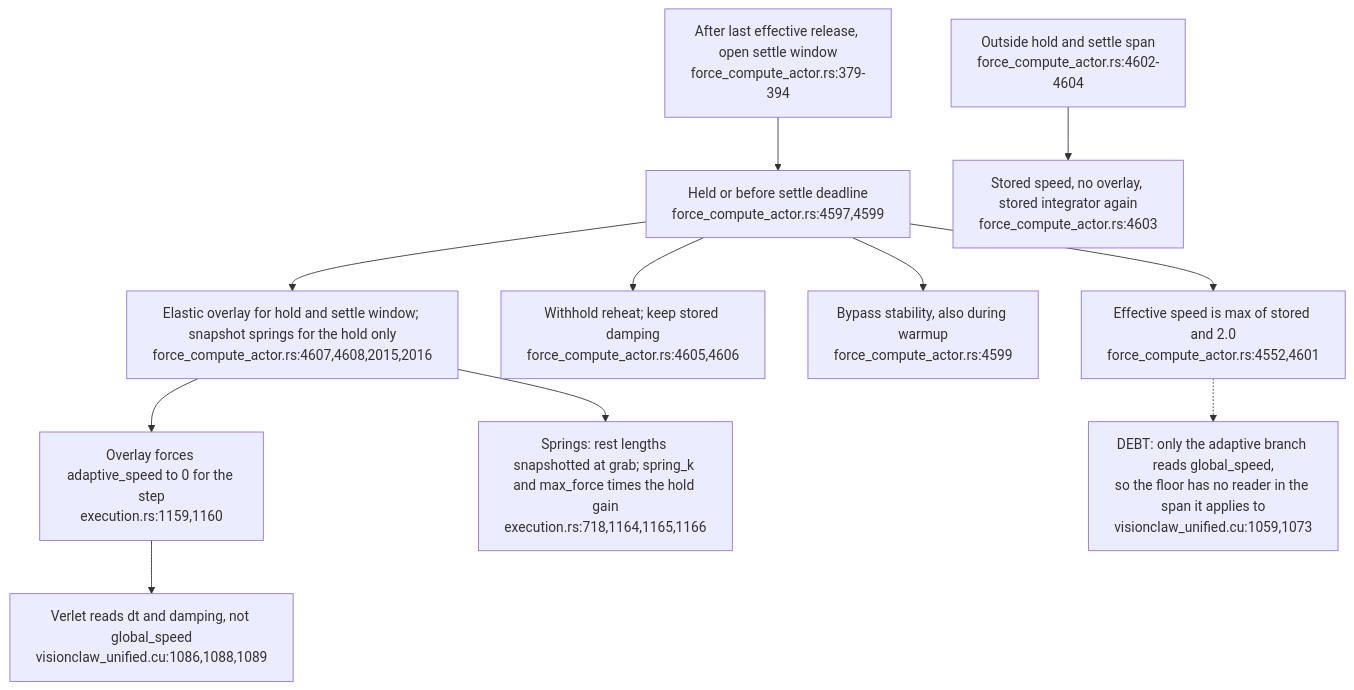
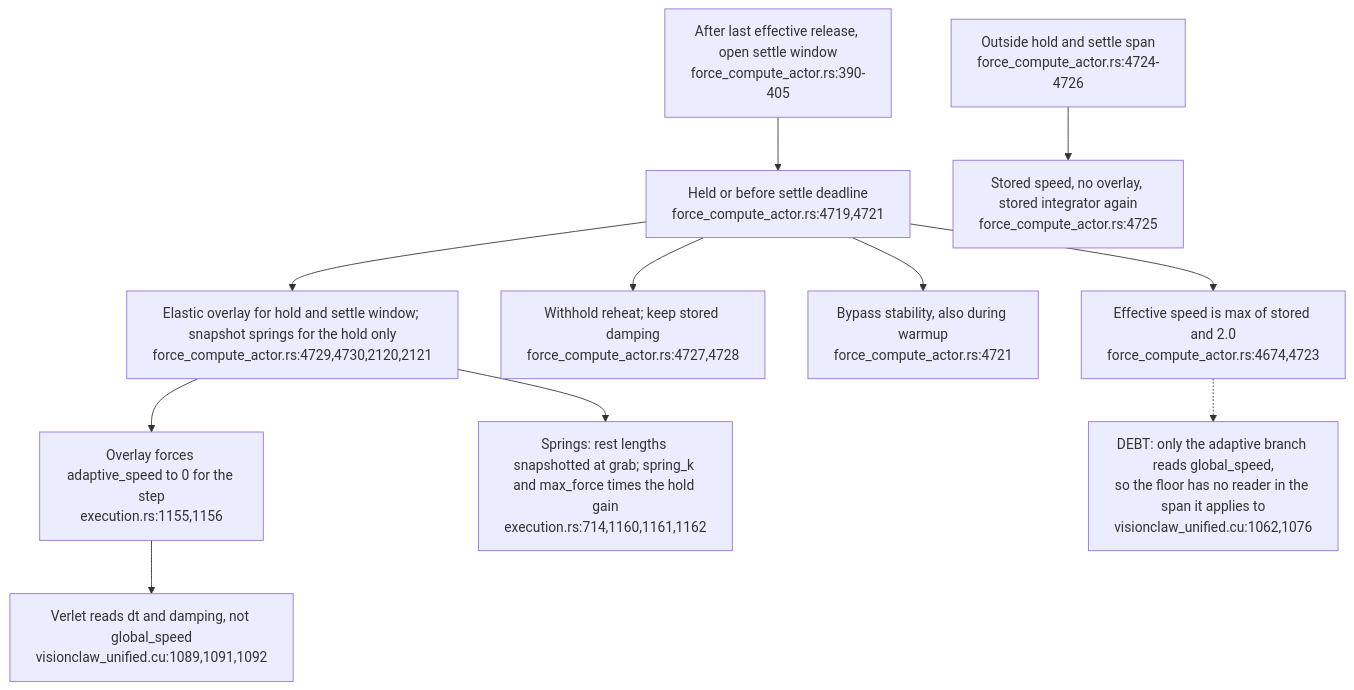
Before and after one commit to DreamLab-AI/VisionFlow: the third of 7 diagrams in docs/diagrams/visionclaw/52-drag-holds-and-observation-gates.md, drawn with Mermaid. The commit also changed other lines of this file and 81 other files, not shown here.

First line of the commit message:
docs(diagrams): roll VisionClaw topics to main 010e1109b (PR 37 and 38 merged); fix remaining prose citations

````diff
--- a/docs/diagrams/visionclaw/52-drag-holds-and-observation-gates.md
+++ b/docs/diagrams/visionclaw/52-drag-holds-and-observation-gates.md
@@ -71,13 +71,13 @@
 ```mermaid
 flowchart TD
-    RELEASE["After last effective release, open settle window<br/>force_compute_actor.rs:379-394"] --> SPAN["Held or before settle deadline<br/>force_compute_actor.rs:4597,4599"]
-    SPAN --> SPEED["Effective speed is max of stored and 2.0<br/>force_compute_actor.rs:4552,4601"]
-    SPAN --> HEAT["Withhold reheat; keep stored damping<br/>force_compute_actor.rs:4605,4606"]
-    SPAN --> BYPASS["Bypass stability, also during warmup<br/>force_compute_actor.rs:4599"]
-    SPAN --> OVER["Elastic overlay for hold and settle window; snapshot springs for the hold only<br/>force_compute_actor.rs:4607,4608,2015,2016"]
-    OVER --> VERLET["Overlay forces adaptive_speed to 0 for the step<br/>execution.rs:1159,1160"]
-    OVER --> GAIN["Springs: rest lengths snapshotted at grab; spring_k and max_force times the hold gain<br/>execution.rs:718,1164,1165,1166"]
-    VERLET --> INT["Verlet reads dt and damping, not global_speed<br/>visionclaw_unified.cu:1086,1088,1089"]
-    SPEED -.-> DEAD["DEBT: only the adaptive branch reads global_speed,<br/>so the floor has no reader in the span it applies to<br/>visionclaw_unified.cu:1059,1073"]
-    DONE["Outside hold and settle span<br/>force_compute_actor.rs:4602-4604"] --> STORED["Stored speed, no overlay, stored integrator again<br/>force_compute_actor.rs:4603"]
+    RELEASE["After last effective release, open settle window<br/>force_compute_actor.rs:390-405"] --> SPAN["Held or before settle deadline<br/>force_compute_actor.rs:4719,4721"]
+    SPAN --> SPEED["Effective speed is max of stored and 2.0<br/>force_compute_actor.rs:4674,4723"]
+    SPAN --> HEAT["Withhold reheat; keep stored damping<br/>force_compute_actor.rs:4727,4728"]
+    SPAN --> BYPASS["Bypass stability, also during warmup<br/>force_compute_actor.rs:4721"]
+    SPAN --> OVER["Elastic overlay for hold and settle window; snapshot springs for the hold only<br/>force_compute_actor.rs:4729,4730,2120,2121"]
+    OVER --> VERLET["Overlay forces adaptive_speed to 0 for the step<br/>execution.rs:1155,1156"]
+    OVER --> GAIN["Springs: rest lengths snapshotted at grab; spring_k and max_force times the hold gain<br/>execution.rs:714,1160,1161,1162"]
+    VERLET --> INT["Verlet reads dt and damping, not global_speed<br/>visionclaw_unified.cu:1089,1091,1092"]
+    SPEED -.-> DEAD["DEBT: only the adaptive branch reads global_speed,<br/>so the floor has no reader in the span it applies to<br/>visionclaw_unified.cu:1062,1076"]
+    DONE["Outside hold and settle span<br/>force_compute_actor.rs:4724-4726"] --> STORED["Stored speed, no overlay, stored integrator again<br/>force_compute_actor.rs:4725"]
 ```
````
